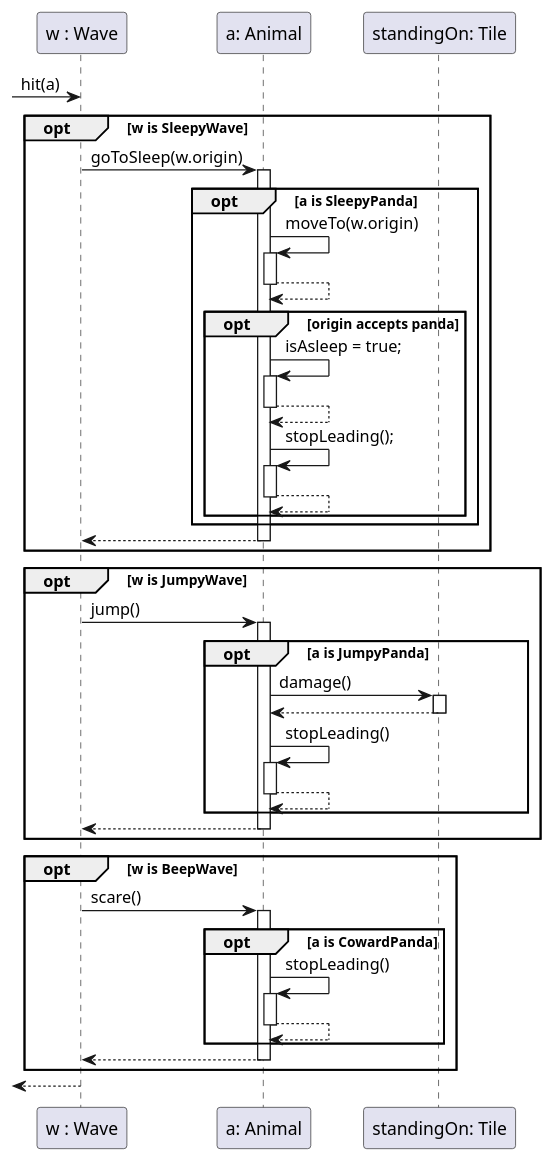
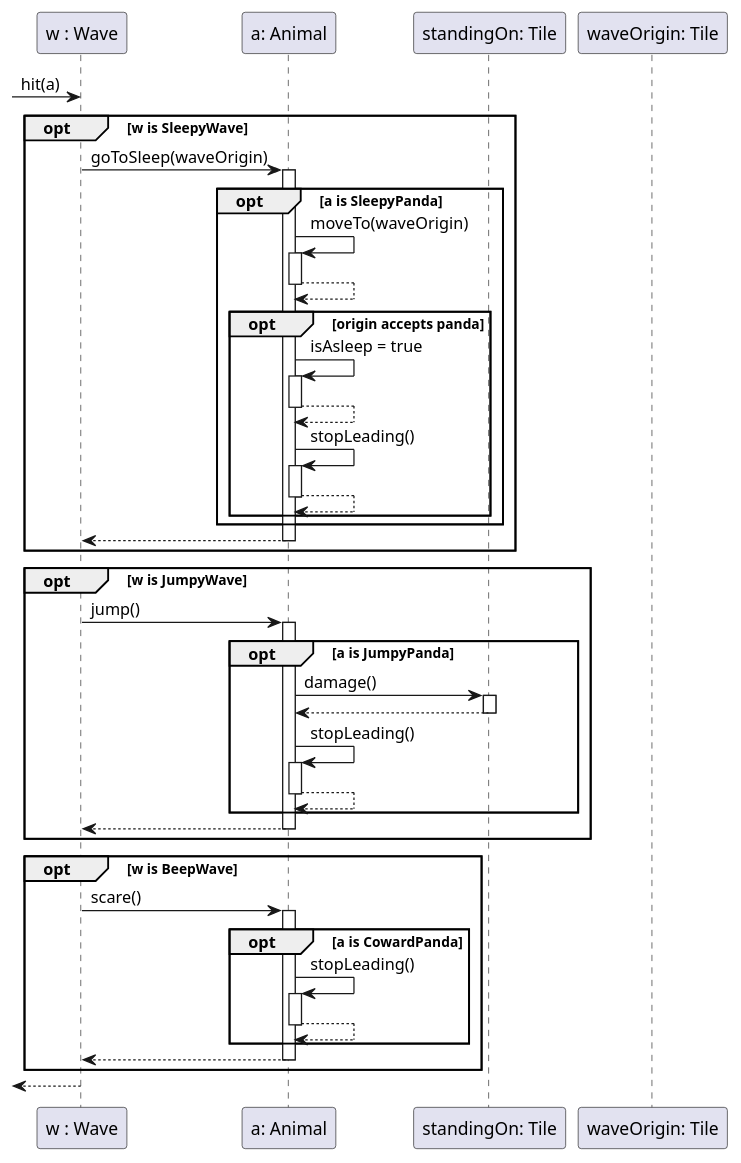
One commit to bokovhu/software-project-laboratory-assignment changed the diagram in 3-analysis-modell/java/src/main/plantuml/SequenceDiagram_Wave_Hits.puml. Above: the diagram before and after it, drawn with PlantUML. The commit also changed 6 other files, not shown here.

```diff
--- a/3-analysis-modell/java/src/main/plantuml/SequenceDiagram_Wave_Hits.puml
+++ b/3-analysis-modell/java/src/main/plantuml/SequenceDiagram_Wave_Hits.puml
@@ -1,51 +1,51 @@
 @startuml
 
 skinparam classAttributeIconSize 0
 skinparam guillemet false
 
 
 participant "w : Wave" as w
-
 participant "a: Animal" as a
 participant "standingOn: Tile" as standingOn
+participant "waveOrigin: Tile" as origin
 [->w: hit(a)
 
 opt w is SleepyWave
-w->a ++: goToSleep(w.origin)
+w->a ++: goToSleep(waveOrigin)
 opt a is SleepyPanda
-a->a++: moveTo(w.origin)
+a->a++: moveTo(waveOrigin)
 
 a-->a --
 opt origin accepts panda
-a->a ++: isAsleep = true;
+a->a ++: isAsleep = true
 a-->a --
-a->a ++: stopLeading();
+a->a ++: stopLeading()
 a-->a --
 end
 end
 a-->w --
 end
 
 opt w is JumpyWave
 w->a ++: jump()
 opt a is JumpyPanda
 a->standingOn ++: damage()
 standingOn-->a --
 a->a ++: stopLeading()
 a -->a --
 end
 a-->w --
 end
 
 opt w is BeepWave
 w->a ++: scare()
 opt a is CowardPanda
 a->a ++ : stopLeading()
 a-->a --
 end
 a-->w --
 end
 
 [<-- w
 
 @enduml
```
